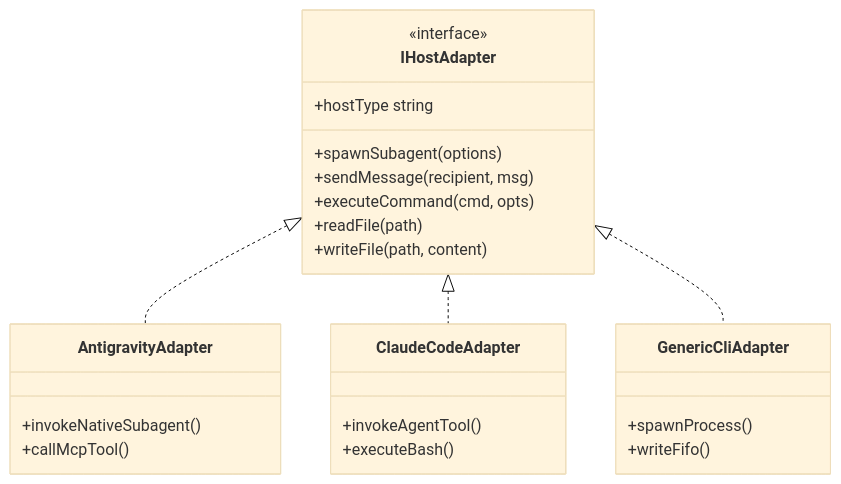
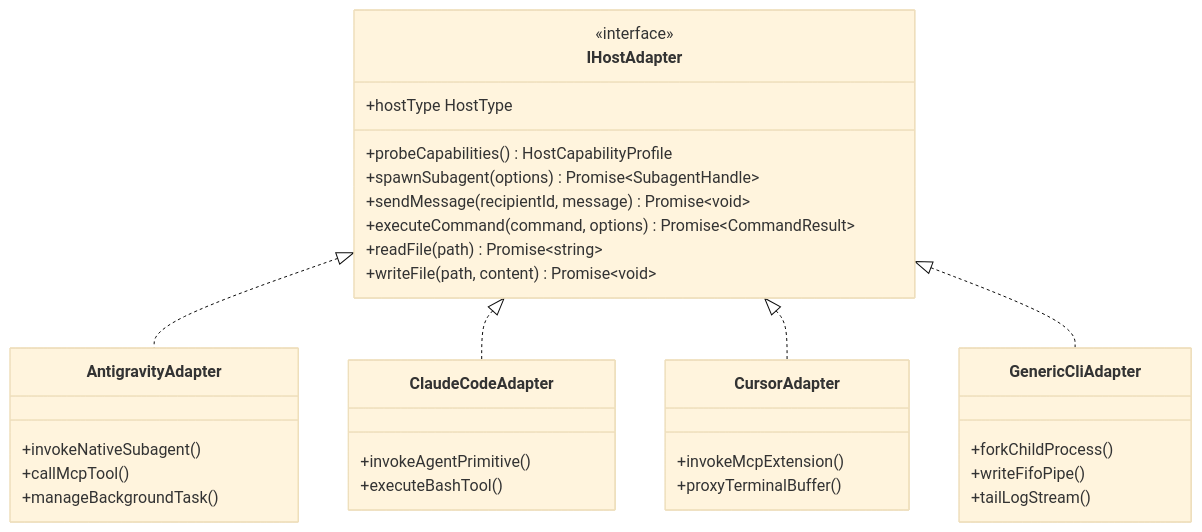
Before and after one commit to onurseckin/skills: the first of 2 diagrams in docs/olt/architecture/02-four-tier-hierarchy/02-03-host-parity-and-adapters.md, drawn with Mermaid (base theme). The commit also changed other lines of this file and 163 other files, not shown here.

````diff
--- a/docs/olt/architecture/02-four-tier-hierarchy/02-03-host-parity-and-adapters.md
+++ b/docs/olt/architecture/02-four-tier-hierarchy/02-03-host-parity-and-adapters.md
@@ -79,28 +81,37 @@
 ```mermaid
 classDiagram
     class IHostAdapter {
         <<interface>>
-        +hostType string
-        +spawnSubagent(options)
-        +sendMessage(recipient, msg)
-        +executeCommand(cmd, opts)
-        +readFile(path)
-        +writeFile(path, content)
+        +hostType HostType
+        +probeCapabilities() HostCapabilityProfile
+        +spawnSubagent(options) Promise~SubagentHandle~
+        +sendMessage(recipientId, message) Promise~void~
+        +executeCommand(command, options) Promise~CommandResult~
+        +readFile(path) Promise~string~
+        +writeFile(path, content) Promise~void~
     }
+
     class AntigravityAdapter {
         +invokeNativeSubagent()
         +callMcpTool()
+        +manageBackgroundTask()
     }
     class ClaudeCodeAdapter {
-        +invokeAgentTool()
-        +executeBash()
+        +invokeAgentPrimitive()
+        +executeBashTool()
+    }
+    class CursorAdapter {
+        +invokeMcpExtension()
+        +proxyTerminalBuffer()
     }
     class GenericCliAdapter {
-        +spawnProcess()
-        +writeFifo()
+        +forkChildProcess()
+        +writeFifoPipe()
+        +tailLogStream()
     }
 
     IHostAdapter <|.. AntigravityAdapter
     IHostAdapter <|.. ClaudeCodeAdapter
+    IHostAdapter <|.. CursorAdapter
     IHostAdapter <|.. GenericCliAdapter
 ```
````
